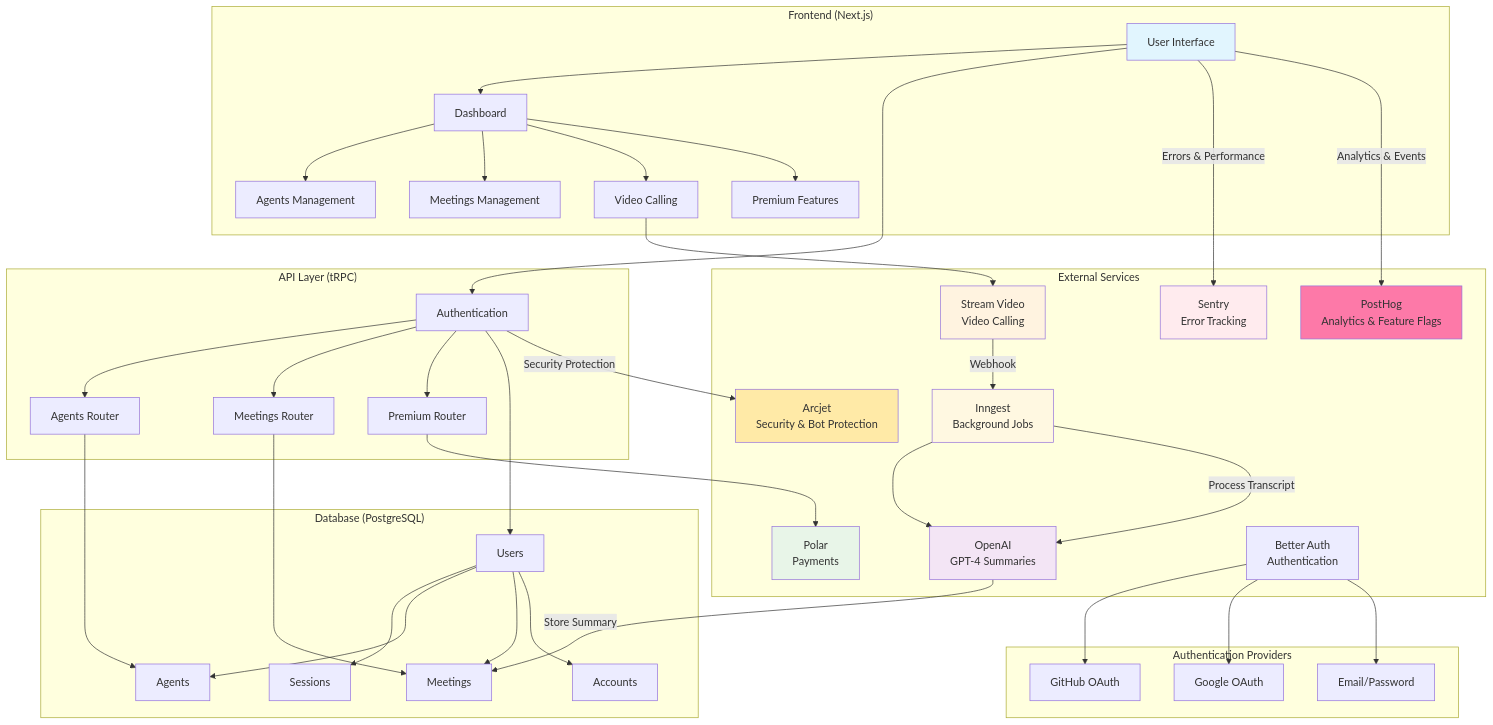
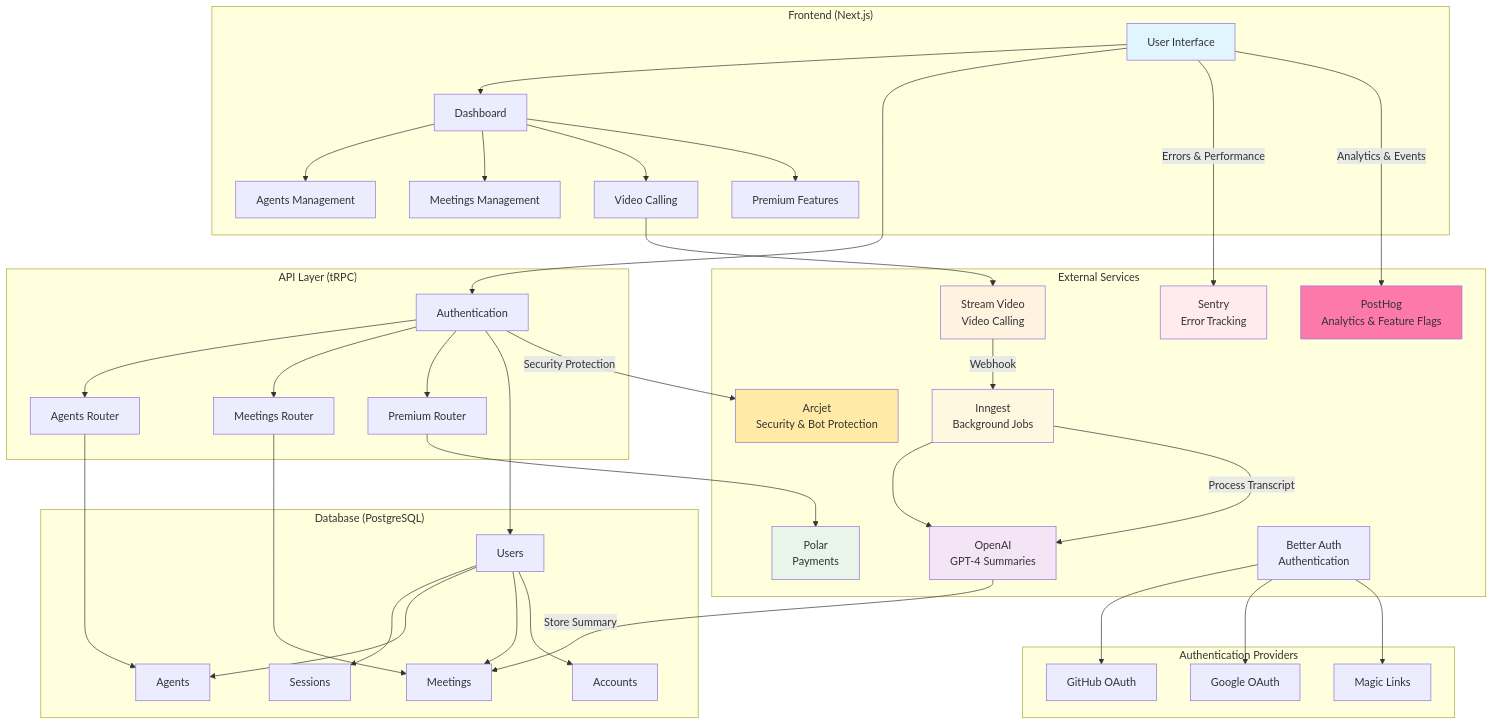
One commit to levinbaenninger/meetique changed the diagram in docs/architecture.md. Above: the diagram before and after it, drawn with Mermaid. The commit also changed 26 other files, not shown here.

Commit message:
feat: set up magic link auth and remove email and password auth (#29)

````diff
--- a/docs/architecture.md
+++ b/docs/architecture.md
@@ -3,68 +3,68 @@
 ```mermaid
 flowchart TB
     subgraph "Frontend (Next.js)"
         A[User Interface] --> B[Dashboard]
         B --> C[Agents Management]
         B --> D[Meetings Management]
         B --> E[Video Calling]
         B --> F[Premium Features]
     end
 
     subgraph "API Layer (tRPC)"
         G[Authentication] --> H[Agents Router]
         G --> I[Meetings Router]
         G --> J[Premium Router]
     end
 
     subgraph "Database (PostgreSQL)"
         K[Users] --> L[Sessions]
         K --> M[Agents]
         K --> N[Meetings]
         K --> O[Accounts]
     end
 
     subgraph "External Services"
         P[Stream Video<br/>Video Calling]
         Q[OpenAI<br/>GPT-4 Summaries]
         R[Polar<br/>Payments]
         S[Better Auth<br/>Authentication]
         T[Inngest<br/>Background Jobs]
         X[Sentry<br/>Error Tracking]
         Y[Arcjet<br/>Security & Bot Protection]
         Z[PostHog<br/>Analytics & Feature Flags]
     end
 
     subgraph "Authentication Providers"
         U[GitHub OAuth]
         V[Google OAuth]
-        W[Email/Password]
+        W[Magic Links]
     end
 
     A --> G
     G --> K
     H --> M
     I --> N
     J --> R
 
     E --> P
     T --> Q
     S --> U
     S --> V
     S --> W
 
     P --> |Webhook| T
     T --> |Process Transcript| Q
     Q --> |Store Summary| N
     A --> |Errors & Performance| X
     G --> |Security Protection| Y
     A --> |Analytics & Events| Z
 
     style A fill:#e1f5fe
     style P fill:#fff3e0
     style Q fill:#f3e5f5
     style R fill:#e8f5e8
     style T fill:#fff8e1
     style X fill:#ffebee
     style Y fill:#ffeaa7
     style Z fill:#fd79a8
 ```
````
